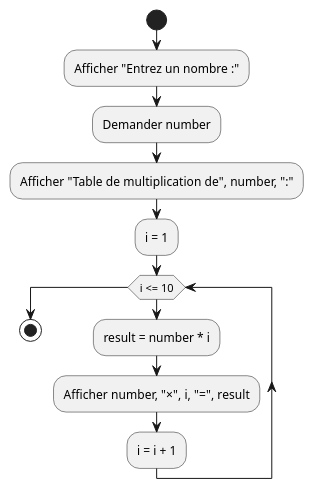
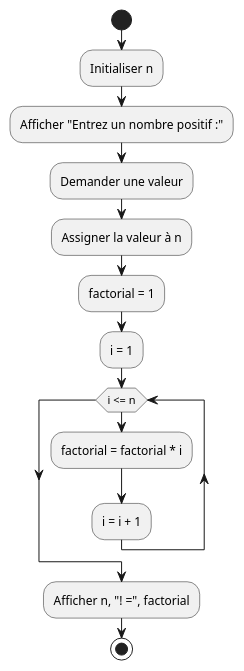
One commit to HEIG-VD-Prog-Course/HEIG-VD-ProgIM-Course changed the seventh of 10 diagrams in 02.01-sequence-selection-iteration/02-exercices/README.md. Above: the diagram before and after it, drawn with PlantUML. The commit also changed other lines of this file, not shown here.

````diff
--- a/02.01-sequence-selection-iteration/02-exercices/README.md
+++ b/02.01-sequence-selection-iteration/02-exercices/README.md
@@ -734,15 +779,17 @@
 ```plantuml
 @startuml
 start
-:Afficher "Entrez un nombre :";
-:Demander number;
-:Afficher "Table de multiplication de", number, ":";
+:Initialiser n;
+:Afficher "Entrez un nombre positif :";
+:Demander une valeur;
+:Assigner la valeur à n;
+:factorial = 1;
 :i = 1;
-while (i <= 10)
-    :result = number * i;
-    :Afficher number, "×", i, "=", result;
+while (i <= n)
+    :factorial = factorial * i;
     :i = i + 1;
 endwhile
+:Afficher n, "! =", factorial;
 stop
 @enduml
 ```
````
